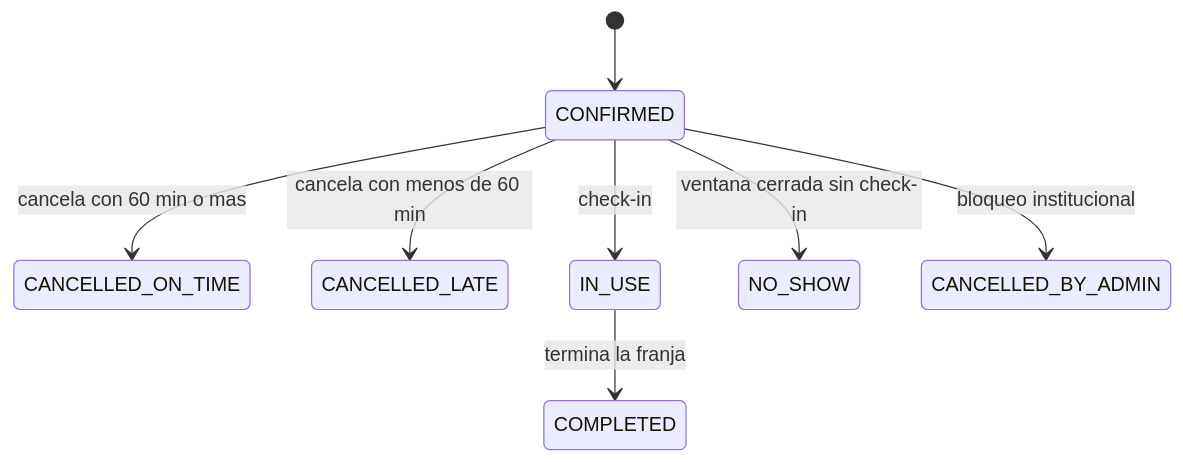
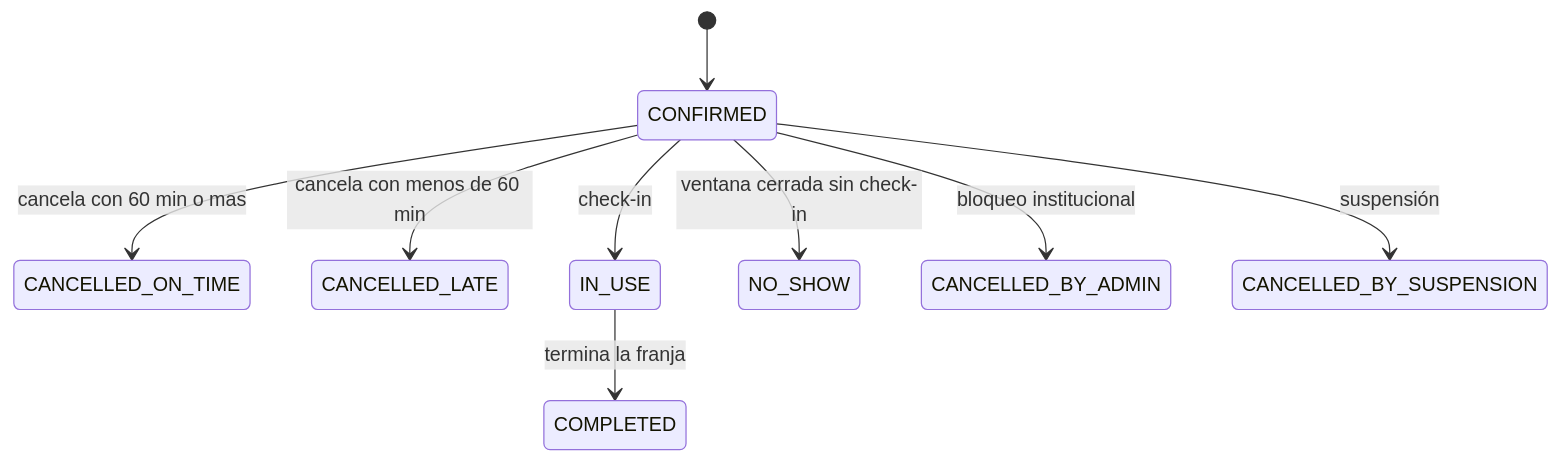
The fifth of 5 diagrams in docs/techincal-plan/plan-general.md (SebasTK2008/Unimag-Deportes), drawn with Mermaid before and after one commit. The commit also changed other lines of this file and 41 other files, not shown here.

````diff
--- a/docs/techincal-plan/plan-general.md
+++ b/docs/techincal-plan/plan-general.md
@@ -600,10 +605,11 @@
 ```mermaid
 stateDiagram-v2
   [*] --> CONFIRMED
   CONFIRMED --> CANCELLED_ON_TIME: cancela con 60 min o mas
   CONFIRMED --> CANCELLED_LATE: cancela con menos de 60 min
   CONFIRMED --> IN_USE: check-in
   CONFIRMED --> NO_SHOW: ventana cerrada sin check-in
   CONFIRMED --> CANCELLED_BY_ADMIN: bloqueo institucional
+  CONFIRMED --> CANCELLED_BY_SUSPENSION: suspensión
   IN_USE --> COMPLETED: termina la franja
 ```
````
